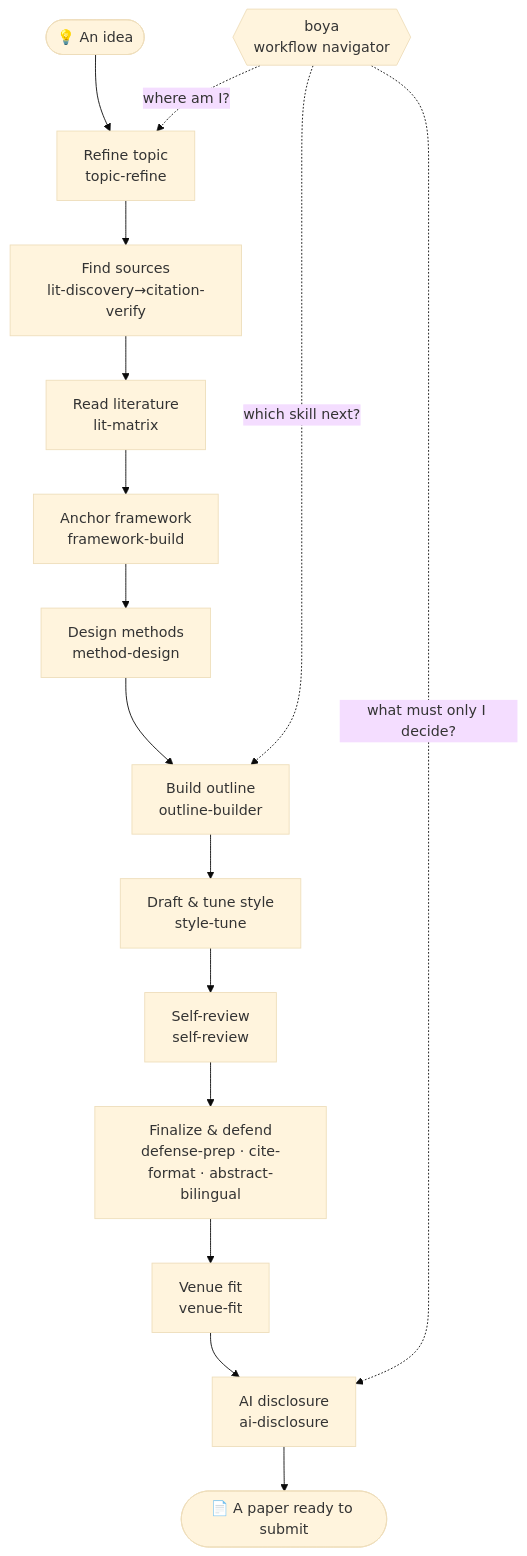
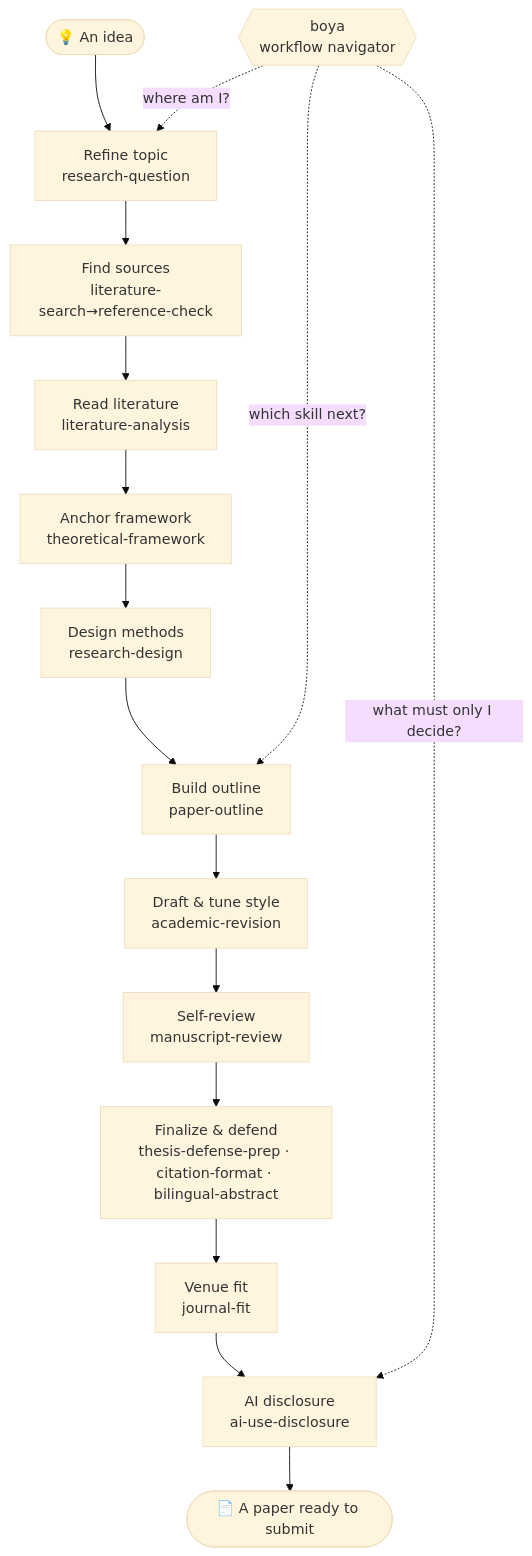
The diagram in README.en.md (DylanChiang-Dev/BOYA-skills), drawn with Mermaid (base theme) before and after one commit. The commit also changed other lines of this file and 124 other files, not shown here.

````diff
--- a/README.en.md
+++ b/README.en.md
@@ -59,18 +59,18 @@
 ```mermaid
 flowchart TD
-    Start([💡 An idea]) --> S1[Refine topic<br/>topic-refine]
-    S1 --> S2[Find sources<br/>lit-discovery→citation-verify]
-    S2 --> S3[Read literature<br/>lit-matrix]
-    S3 --> SF[Anchor framework<br/>framework-build]
-    SF --> S4[Design methods<br/>method-design]
-    S4 --> S5[Build outline<br/>outline-builder]
-    S5 --> S6[Draft & tune style<br/>style-tune]
-    S6 --> S7[Self-review<br/>self-review]
-    S7 --> S8[Finalize & defend<br/>defense-prep · cite-format · abstract-bilingual]
-    S8 --> S9[Venue fit<br/>venue-fit]
-    S9 --> S10[AI disclosure<br/>ai-disclosure]
+    Start([💡 An idea]) --> S1[Refine topic<br/>research-question]
+    S1 --> S2[Find sources<br/>literature-search→reference-check]
+    S2 --> S3[Read literature<br/>literature-analysis]
+    S3 --> SF[Anchor framework<br/>theoretical-framework]
+    SF --> S4[Design methods<br/>research-design]
+    S4 --> S5[Build outline<br/>paper-outline]
+    S5 --> S6[Draft & tune style<br/>academic-revision]
+    S6 --> S7[Self-review<br/>manuscript-review]
+    S7 --> S8[Finalize & defend<br/>thesis-defense-prep · citation-format · bilingual-abstract]
+    S8 --> S9[Venue fit<br/>journal-fit]
+    S9 --> S10[AI disclosure<br/>ai-use-disclosure]
     S10 --> End([📄 A paper ready to submit])
     RM{{boya<br/>workflow navigator}} -.where am I?.-> S1
     RM -.which skill next?.-> S5
     RM -.what must only I decide?.-> S10
 ```
````
